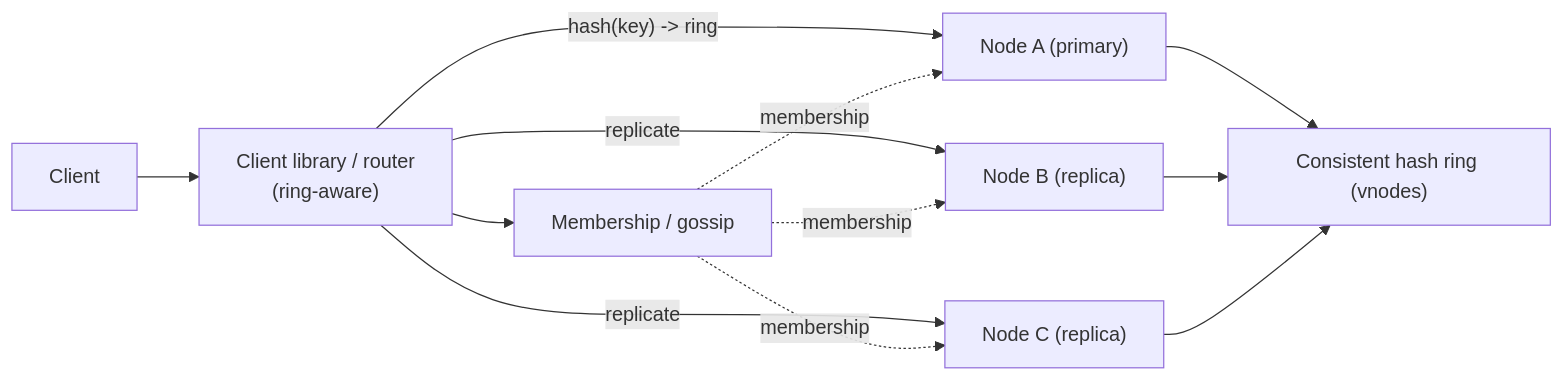
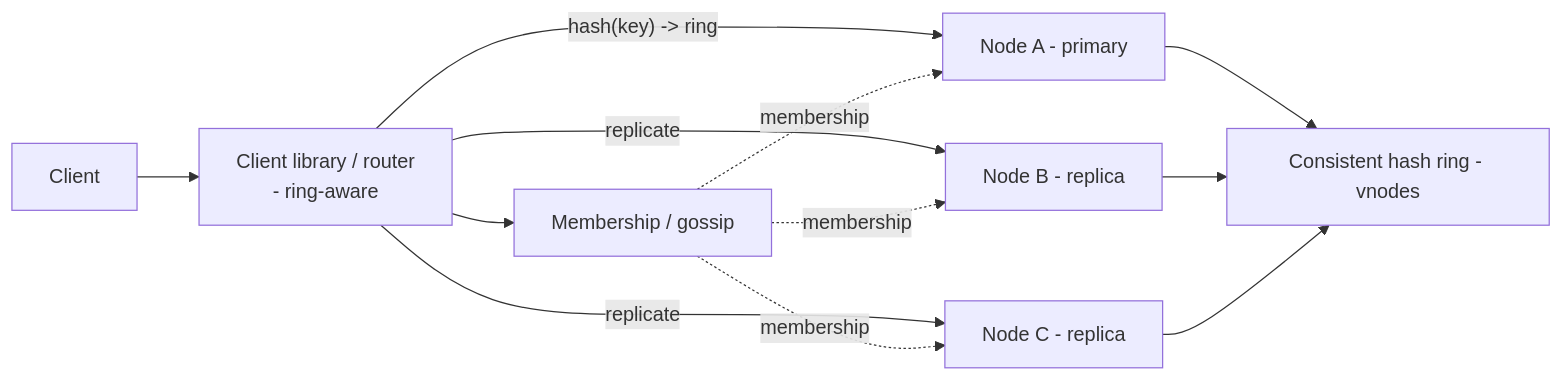
The diagram in diagrams/case-studies/distributed-cache/context.mmd (RIT-MESH/system-design-mastery), drawn with Mermaid before and after one commit. The commit also changed 139 other files, not shown here.

First line of the commit message:
Fix Mermaid parse errors: replace parentheses in node labels across 140 files

```diff
--- a/diagrams/case-studies/distributed-cache/context.mmd
+++ b/diagrams/case-studies/distributed-cache/context.mmd
@@ -1,10 +1,10 @@
 %% created-for: system-design-mastery
 %% distributed-cache high-level context
 flowchart LR
-  Client --> CL["Client library / router<br/>(ring-aware)"]
-  CL -->|"hash(key) -> ring"| N1["Node A (primary)"]
-  CL -->|"replicate"| N2["Node B (replica)"]
-  CL -->|"replicate"| N3["Node C (replica)"]
-  N1 & N2 & N3 --> Ring["Consistent hash ring (vnodes)"]
+  Client --> CL["Client library / router<br/> - ring-aware"]
+  CL -->|"hash(key) -> ring"| N1["Node A - primary"]
+  CL -->|"replicate"| N2["Node B - replica"]
+  CL -->|"replicate"| N3["Node C - replica"]
+  N1 & N2 & N3 --> Ring["Consistent hash ring - vnodes"]
   Gossip["Membership / gossip"] -.membership.-> N1 & N2 & N3
   CL --> Gossip
```
